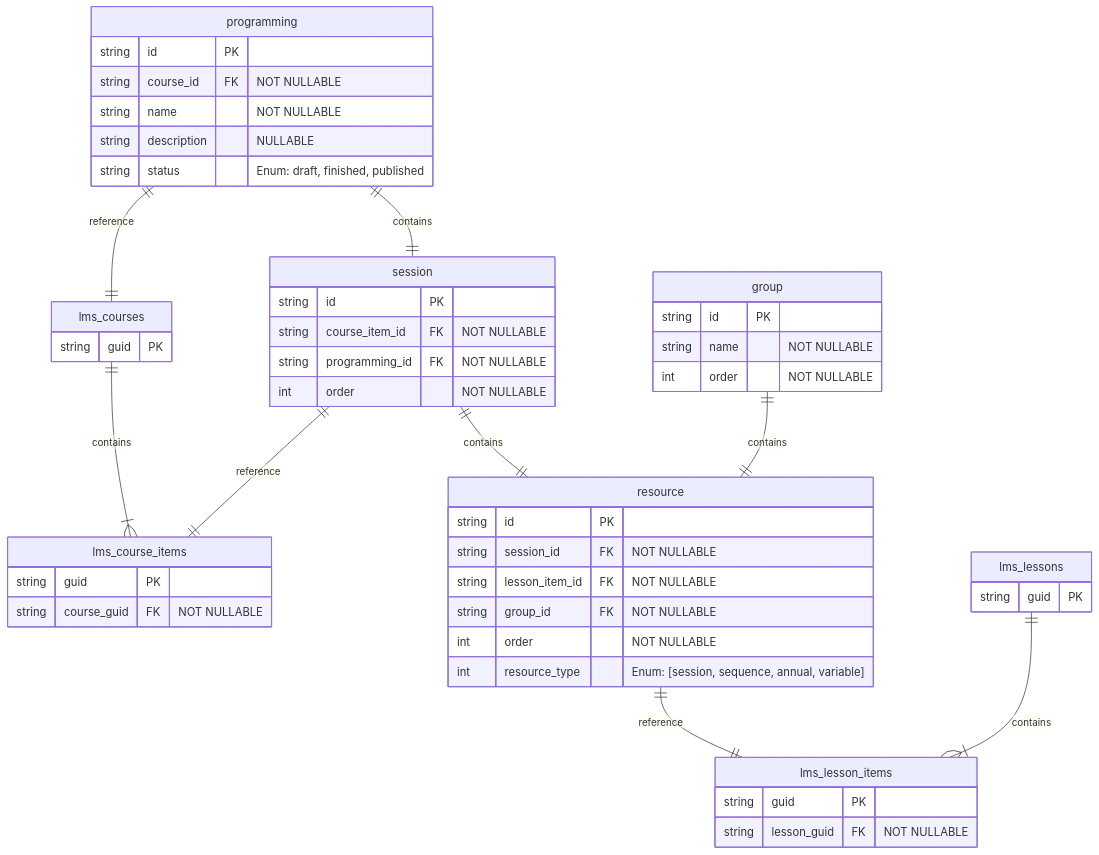
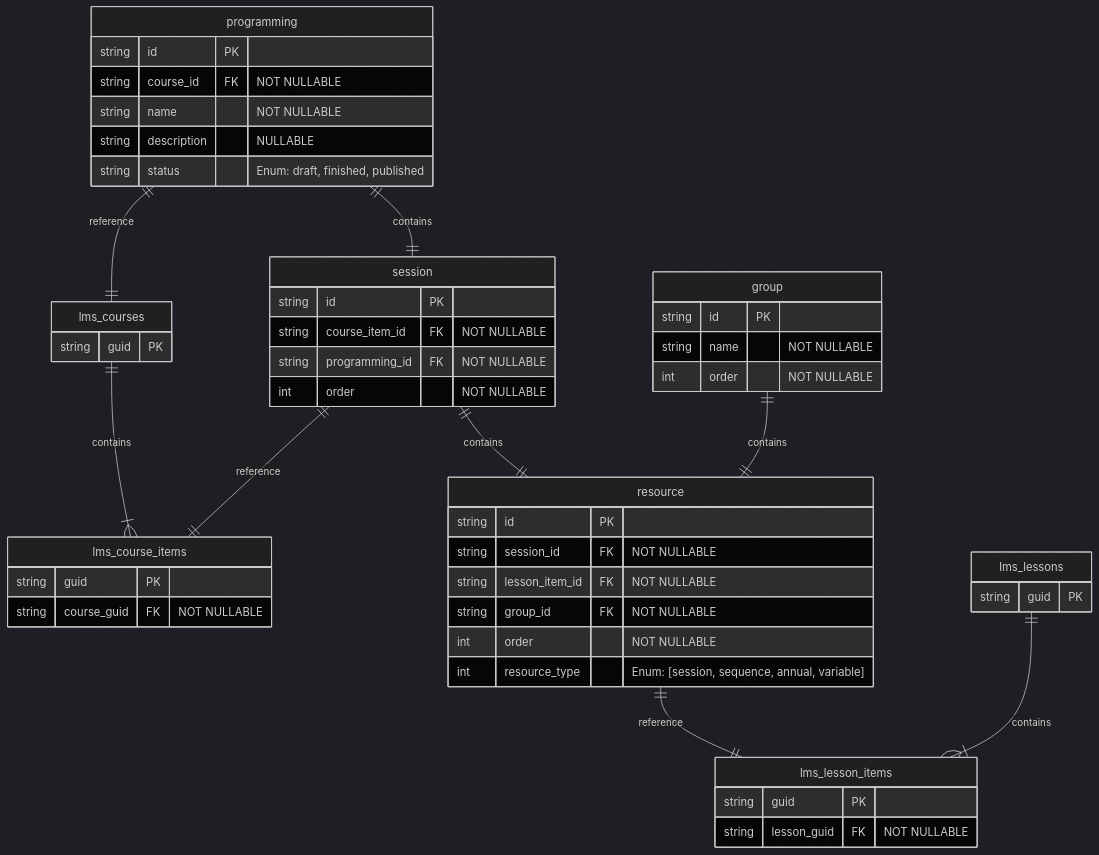
Before and after one commit to AntonioTriguero/mermaid-github: the diagram in README.md, drawn with Mermaid.

````diff
--- a/README.md
+++ b/README.md
@@ -2,56 +2,64 @@
 ```mermaid
+---
+config:
+    theme: dark
+    themeCSS: [
+        "[id^=entity] .er.entityBox { fill: green;}",
+        "[id^=entity-lms] .er.entityBox { fill: red;}"
+    ]
+---
 erDiagram
     %% V3 DATABASE
 
     programming ||--|| lms_courses : reference
     programming ||--|| session : contains
     session ||--|| lms_course_items : reference
     session ||--|| resource : contains
     resource ||--|| lms_lesson_items : reference
     group ||--|| resource : contains
     group {
         string id PK
         string name "NOT NULLABLE"
         int order "NOT NULLABLE"
     }
     resource {
         string id PK
         string session_id FK "NOT NULLABLE"
         string lesson_item_id FK "NOT NULLABLE"
         string group_id FK "NOT NULLABLE"
         int order "NOT NULLABLE"
         int resource_type "Enum: [session, sequence, annual, variable]" 
     }
     session {
         string id PK
         string course_item_id FK "NOT NULLABLE"
         string programming_id FK "NOT NULLABLE"
         int order "NOT NULLABLE"
     }
     programming {
         string id PK
         string course_id FK "NOT NULLABLE"
         string name "NOT NULLABLE"
         string description "NULLABLE"
         string status "Enum: draft, finished, published"
     }
 
     %% V2 DATABASE
 
     lms_lessons ||--|{ lms_lesson_items: contains
     lms_courses ||--|{ lms_course_items: contains
     lms_course_items {
         string guid PK 
         string course_guid FK "NOT NULLABLE"
     }
     lms_courses {
         string guid PK
     }
     lms_lessons {
         string guid PK
     }
     lms_lesson_items {
         string guid PK
         string lesson_guid FK "NOT NULLABLE"
     }
 ```
````
